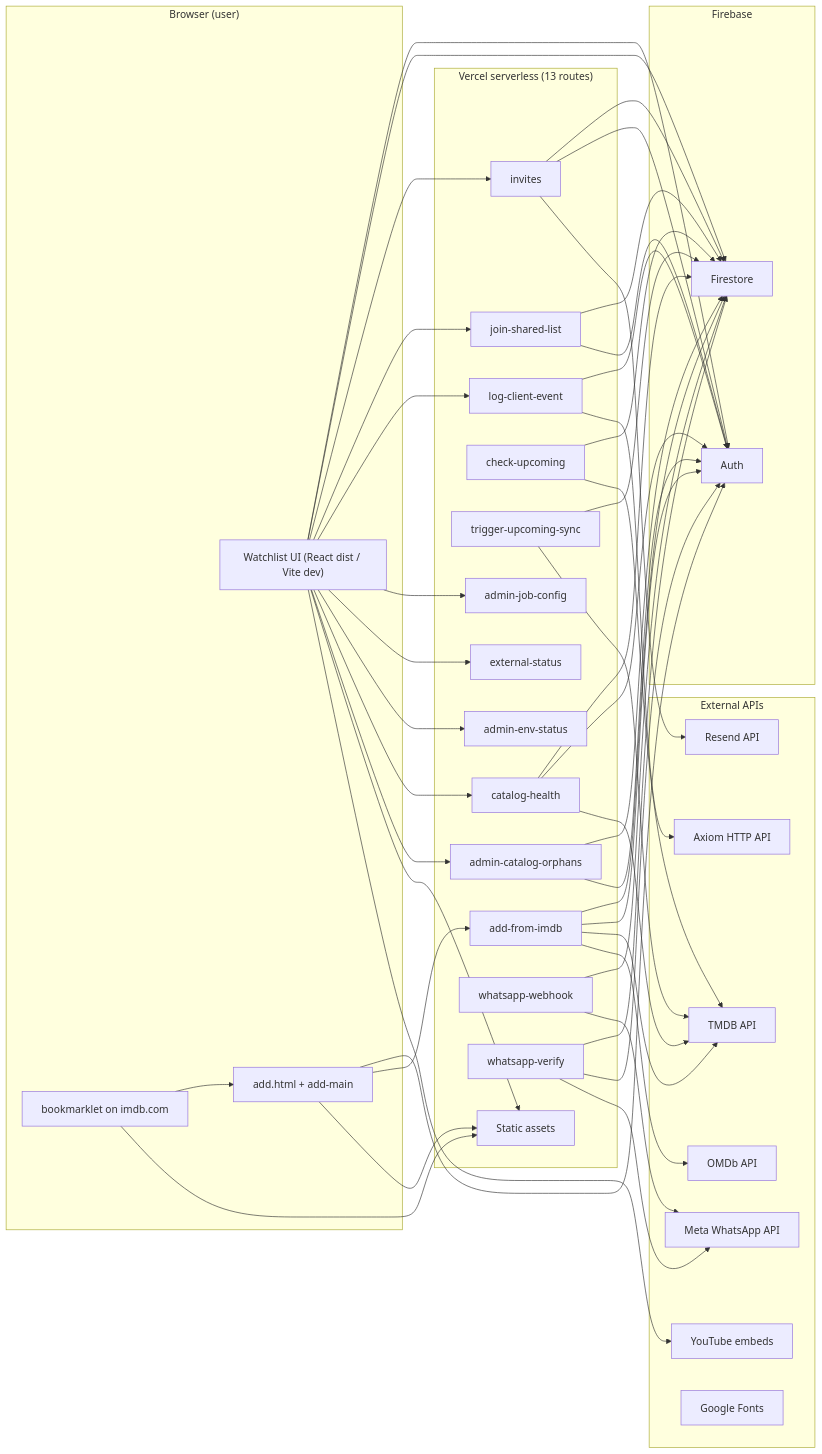
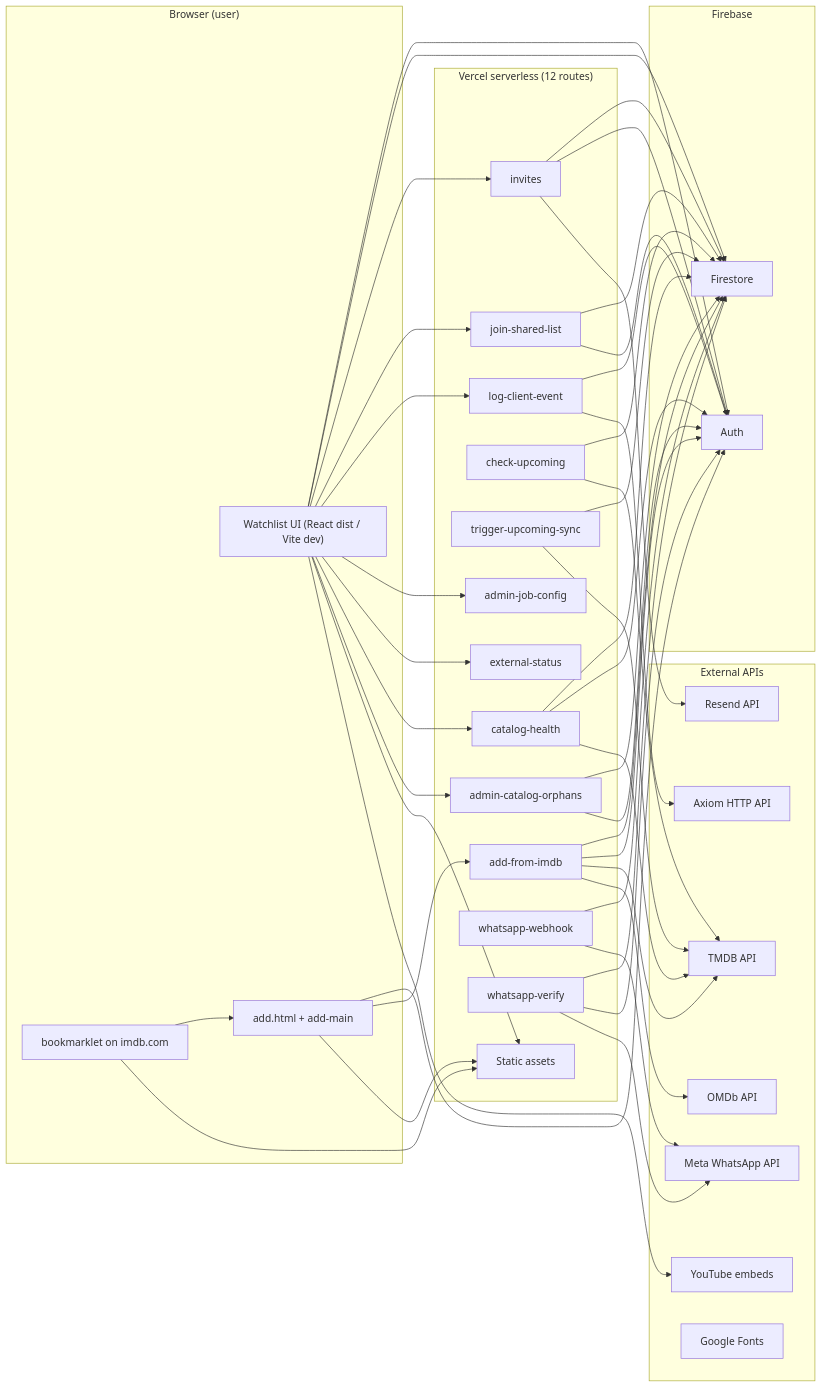
The first of 5 diagrams in system-design.md (maulbogat/watchlist-app), drawn with Mermaid before and after one commit. The commit also changed other lines of this file and 6 other files, not shown here.

First line of the commit message:
Remove admin-env-status API and VITE_SITE_ID

```diff
--- a/system-design.md
+++ b/system-design.md
@@ -469,7 +468,7 @@
     BM["bookmarklet on imdb.com"]
   end
 
-  subgraph VercelAPI["Vercel serverless (13 routes)"]
+  subgraph VercelAPI["Vercel serverless (12 routes)"]
     API_ADD["add-from-imdb"]
     API_JOIN["join-shared-list"]
     API_INV["invites"]
@@ -477,7 +476,6 @@
     API_TRIG["trigger-upcoming-sync"]
     API_LOG["log-client-event"]
     API_JOB["admin-job-config"]
-    API_ENV["admin-env-status"]
     API_EXT["external-status"]
     API_CAT["catalog-health"]
     API_ORPH["admin-catalog-orphans"]
@@ -508,7 +506,6 @@
   SPA --> API_LOG
   SPA --> API_JOB
   SPA --> API_EXT
-  SPA --> API_ENV
   SPA --> API_CAT
   SPA --> API_ORPH
   ADD --> FA
```
